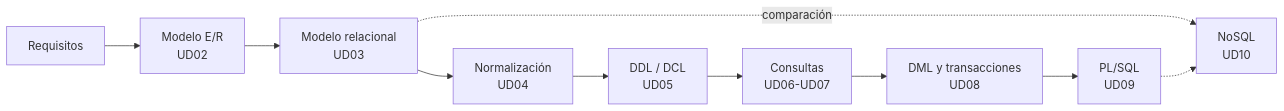
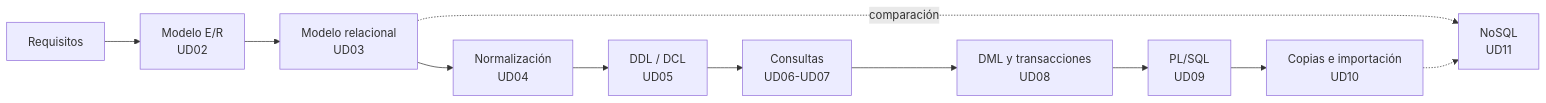
The diagram in content.es/_index.md (LorenaLResusta/GBD), drawn with Mermaid before and after one commit. The commit also changed other lines of this file and 89 other files, not shown here.

````diff
--- a/content.es/_index.md
+++ b/content.es/_index.md
@@ -25,12 +25,13 @@
 ```mermaid
 flowchart LR
     A[Requisitos] --> B[Modelo E/R<br/>UD02]
     B --> C[Modelo relacional<br/>UD03]
     C --> D[Normalización<br/>UD04]
     D --> E[DDL / DCL<br/>UD05]
     E --> F[Consultas<br/>UD06-UD07]
     F --> G[DML y transacciones<br/>UD08]
     G --> H[PL/SQL<br/>UD09]
-    C -.comparación.-> I[NoSQL<br/>UD10]
-    H -.-> I
+    H --> J[Copias e importación<br/>UD10]
+    C -.comparación.-> I[NoSQL<br/>UD11]
+    J -.-> I
 ```
````
